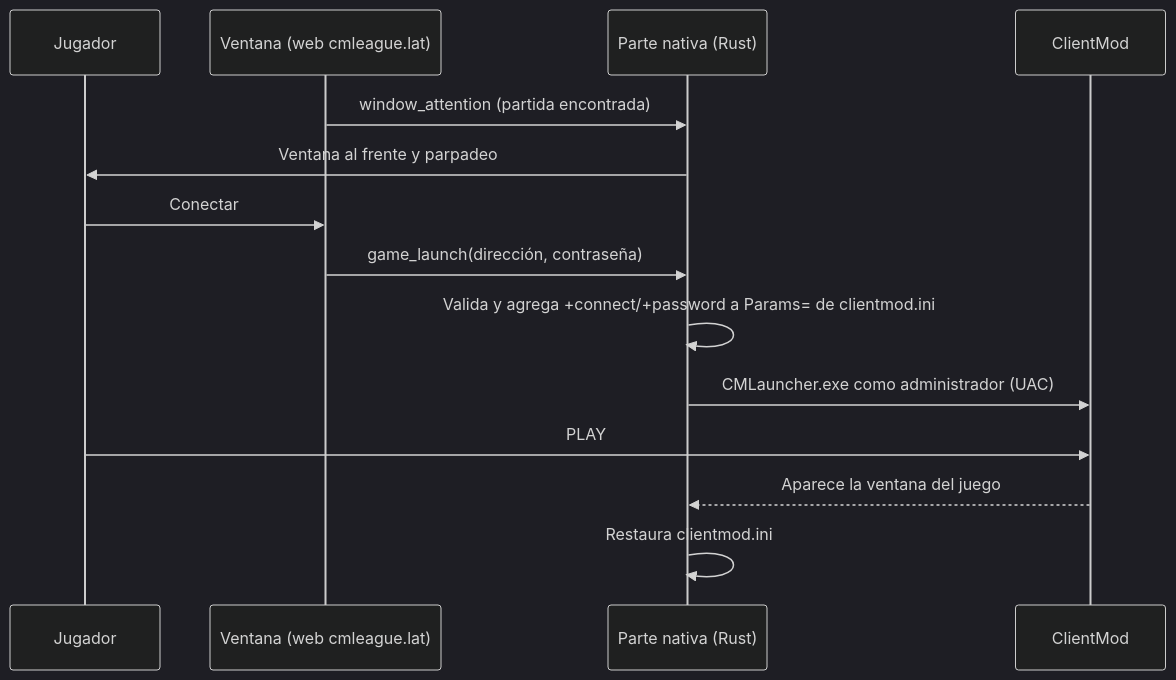
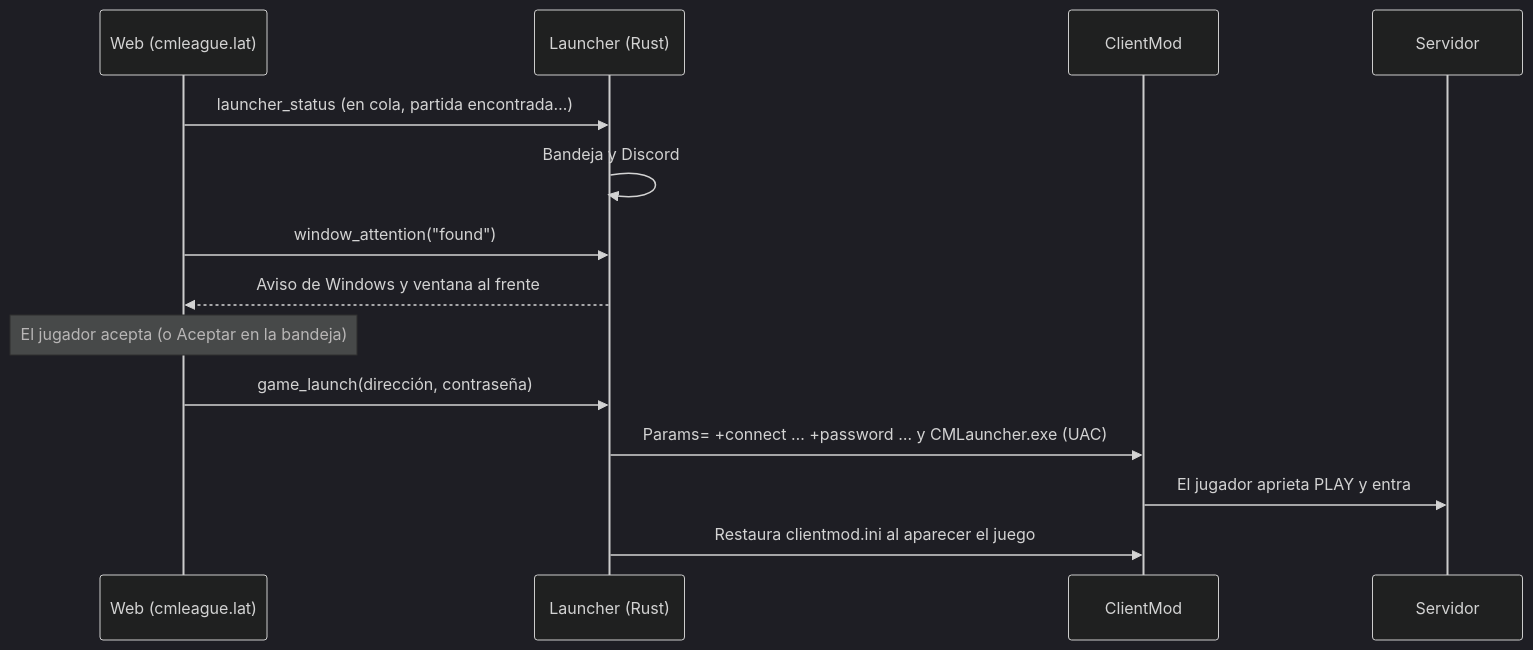
The first of 3 diagrams in docs/bitacora/2026-11-24-launcher-escritorio/DOCUMENTACION.md (mchssj/v34frag), drawn with Mermaid (dark theme) before and after one commit. The commit also changed other lines of this file and 54 other files, not shown here.

First line of the commit message:
feat(launcher): Configuración, bandeja, Discord, actualizaciones y /launcher de Kyan, con la revisión

````diff
--- a/docs/bitacora/2026-11-24-launcher-escritorio/DOCUMENTACION.md
+++ b/docs/bitacora/2026-11-24-launcher-escritorio/DOCUMENTACION.md
@@ -15,16 +22,16 @@
 ```mermaid
 sequenceDiagram
-  participant J as Jugador
-  participant V as Ventana (web cmleague.lat)
-  participant N as Parte nativa (Rust)
+  participant W as Web (cmleague.lat)
+  participant L as Launcher (Rust)
   participant C as ClientMod
-  V->>N: window_attention (partida encontrada)
-  N->>J: Ventana al frente y parpadeo
-  J->>V: Conectar
-  V->>N: game_launch(dirección, contraseña)
-  N->>N: Valida y agrega +connect/+password a Params= de clientmod.ini
-  N->>C: CMLauncher.exe como administrador (UAC)
-  J->>C: PLAY
-  C-->>N: Aparece la ventana del juego
-  N->>N: Restaura clientmod.ini
+  participant S as Servidor
+  W->>L: launcher_status (en cola, partida encontrada…)
+  L->>L: Bandeja y Discord
+  W->>L: window_attention("found")
+  L-->>W: Aviso de Windows y ventana al frente
+  Note over W: El jugador acepta (o Aceptar en la bandeja)
+  W->>L: game_launch(dirección, contraseña)
+  L->>C: Params= +connect … +password … y CMLauncher.exe (UAC)
+  C->>S: El jugador aprieta PLAY y entra
+  L->>C: Restaura clientmod.ini al aparecer el juego
 ```
````
